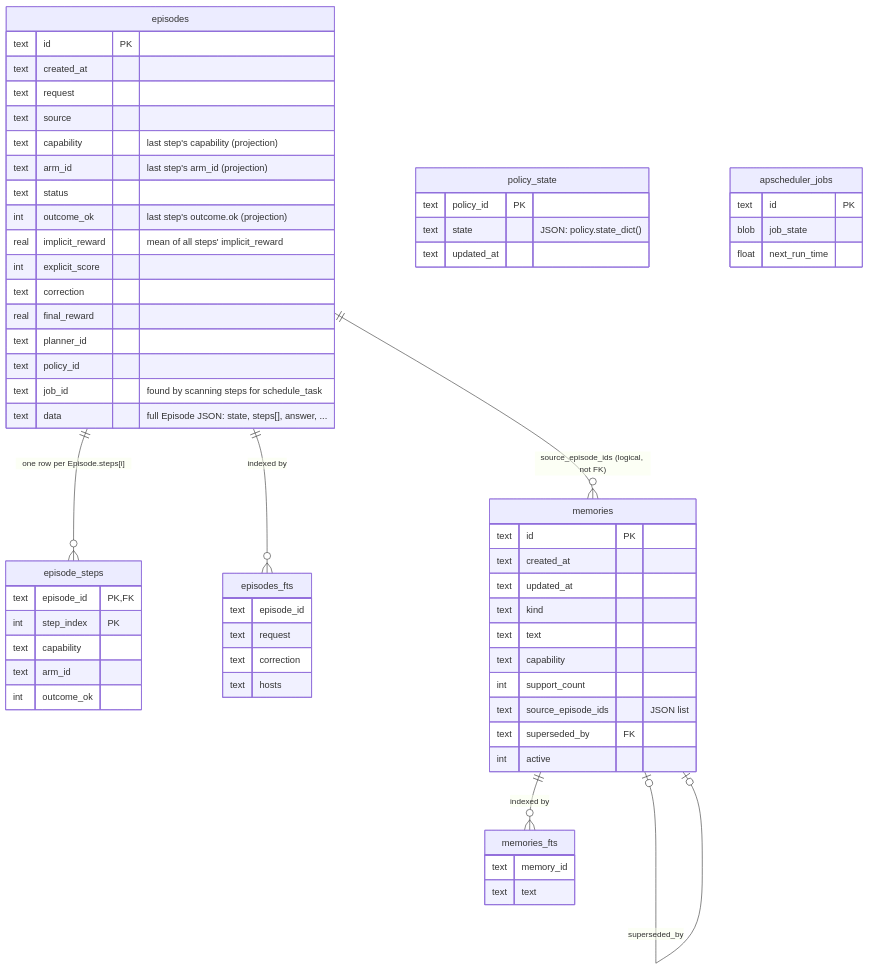
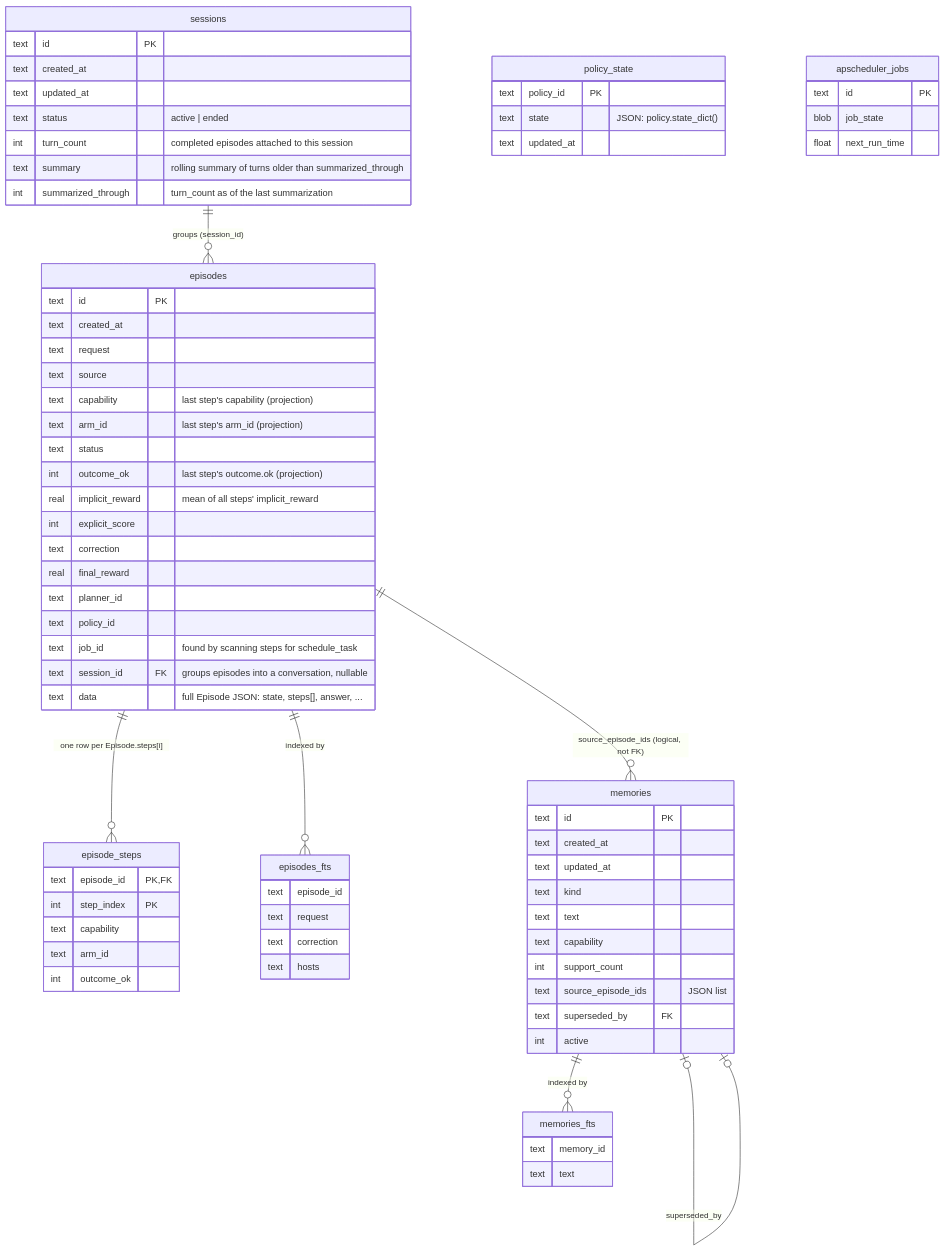
Before and after one commit to nadermedhet148/agentic-rl: the fourth of 6 diagrams in docs/ARCHITECTURE.md, drawn with Mermaid. The commit also changed other lines of this file and 23 other files, not shown here.

Commit message:
feat: add session management and conversation memory with automated summarization

````diff
--- a/docs/ARCHITECTURE.md
+++ b/docs/ARCHITECTURE.md
@@ -230,66 +242,77 @@
 ```mermaid
 erDiagram
     episodes {
         text id PK
         text created_at
         text request
         text source
         text capability "last step's capability (projection)"
         text arm_id "last step's arm_id (projection)"
         text status
         int outcome_ok "last step's outcome.ok (projection)"
         real implicit_reward "mean of all steps' implicit_reward"
         int explicit_score
         text correction
         real final_reward
         text planner_id
         text policy_id
         text job_id "found by scanning steps for schedule_task"
+        text session_id FK "groups episodes into a conversation, nullable"
         text data "full Episode JSON: state, steps[], answer, ..."
+    }
+    sessions {
+        text id PK
+        text created_at
+        text updated_at
+        text status "active | ended"
+        int turn_count "completed episodes attached to this session"
+        text summary "rolling summary of turns older than summarized_through"
+        int summarized_through "turn_count as of the last summarization"
     }
     episode_steps {
         text episode_id PK, FK
         int step_index PK
         text capability
         text arm_id
         int outcome_ok
     }
     episodes_fts {
         text episode_id
         text request
         text correction
         text hosts
     }
     policy_state {
         text policy_id PK
         text state "JSON: policy.state_dict()"
         text updated_at
     }
     memories {
         text id PK
         text created_at
         text updated_at
         text kind
         text text
         text capability
         int support_count
         text source_episode_ids "JSON list"
         text superseded_by FK
         int active
     }
     memories_fts {
         text memory_id
         text text
     }
     apscheduler_jobs {
         text id PK
         blob job_state
         float next_run_time
     }
 
     episodes ||--o{ episodes_fts : "indexed by"
     episodes ||--o{ episode_steps : "one row per Episode.steps[i]"
     memories ||--o{ memories_fts : "indexed by"
     memories |o--o| memories : "superseded_by"
     episodes ||--o{ memories : "source_episode_ids (logical, not FK)"
+    sessions ||--o{ episodes : "groups (session_id)"
 ```
````
